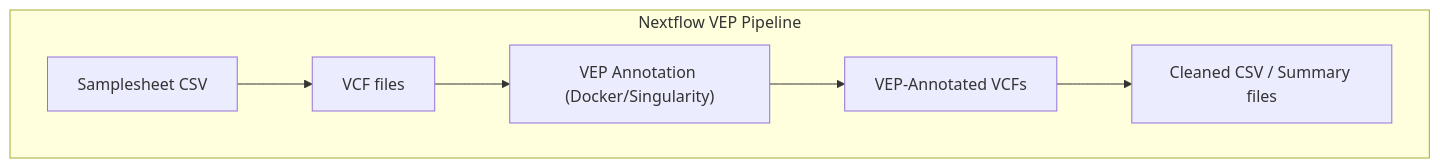
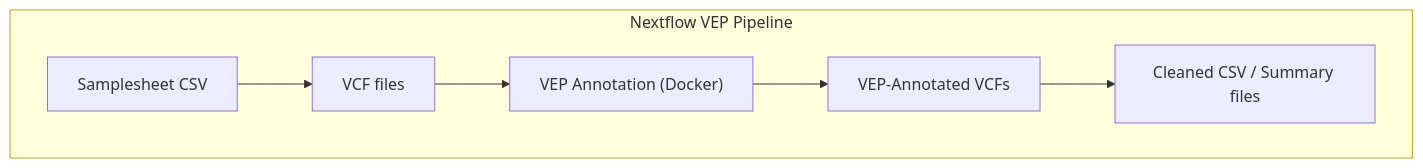
The diagram in assignment_2_nextflow_pipeline/README.md (SansritiChakraborty/Sansriti-s-rep), drawn with Mermaid before and after one commit. The commit also changed other lines of this file, not shown here.

````diff
--- a/assignment_2_nextflow_pipeline/README.md
+++ b/assignment_2_nextflow_pipeline/README.md
@@ -93,9 +81,9 @@
 ```mermaid
 flowchart TB
     subgraph "Nextflow VEP Pipeline"
         A["Samplesheet CSV"] --> B["VCF files"]
-        B --> C["VEP Annotation (Docker/Singularity)"]
+        B --> C["VEP Annotation (Docker)"]
         C --> D["VEP-Annotated VCFs"]
         D --> E["Cleaned CSV / Summary files"]
     end
 ```
````
